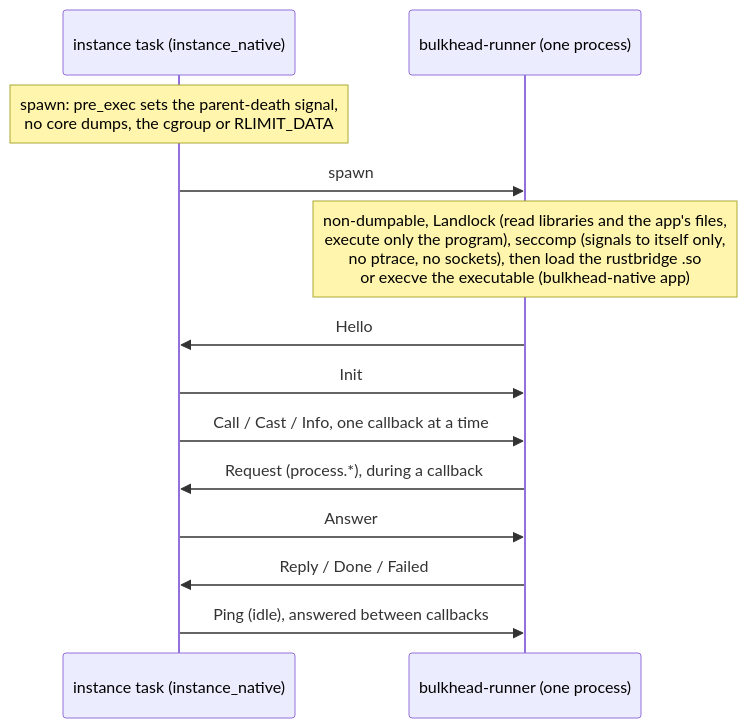
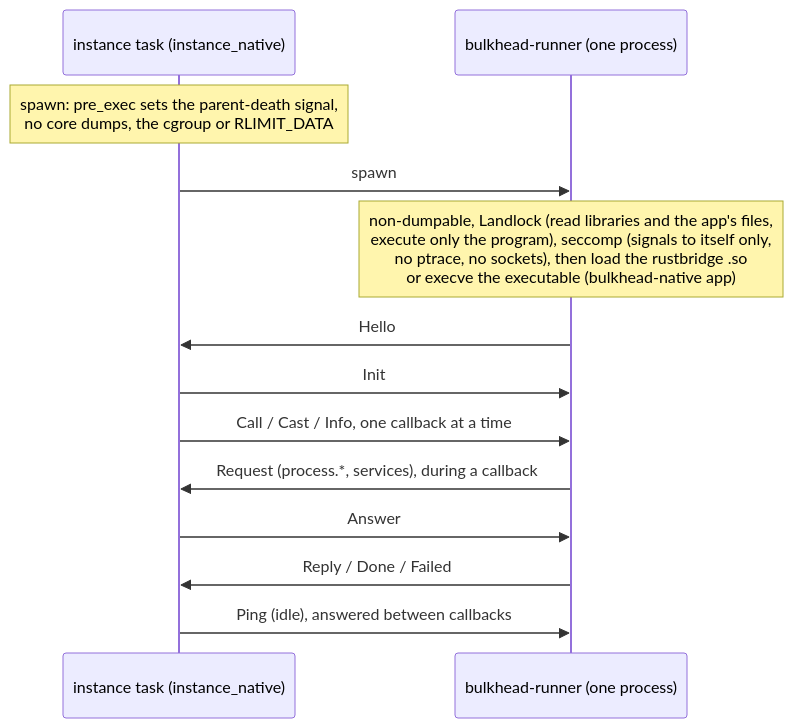
One commit to jrobhoward/paddock changed the third of 6 diagrams in docs/ARCHITECTURE.md. Above: the diagram before and after it, drawn with Mermaid. The commit also changed other lines of this file and 11 other files, not shown here.

````diff
--- a/docs/ARCHITECTURE.md
+++ b/docs/ARCHITECTURE.md
@@ -124,15 +124,15 @@
 ```mermaid
 sequenceDiagram
     participant I as instance task (instance_native)
     participant R as bulkhead-runner (one process)
     Note over I: spawn: pre_exec sets the parent-death signal,<br/>no core dumps, the cgroup or RLIMIT_DATA
     I->>R: spawn
     Note over R: non-dumpable, Landlock (read libraries and the app's files,<br/>execute only the program), seccomp (signals to itself only,<br/>no ptrace, no sockets), then load the rustbridge .so<br/>or execve the executable (bulkhead-native app)
     R->>I: Hello
     I->>R: Init
     I->>R: Call / Cast / Info, one callback at a time
-    R->>I: Request (process.*), during a callback
+    R->>I: Request (process.*, services), during a callback
     I->>R: Answer
     R->>I: Reply / Done / Failed
     I->>R: Ping (idle), answered between callbacks
 ```
````
